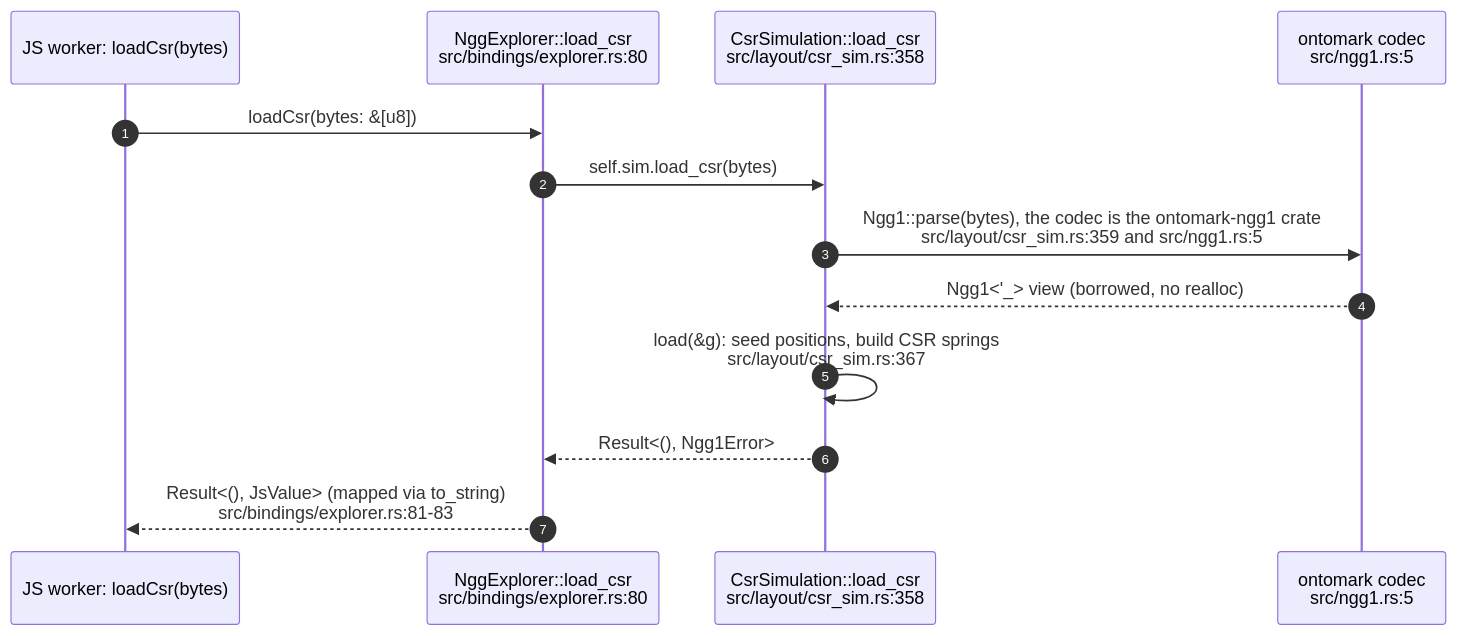
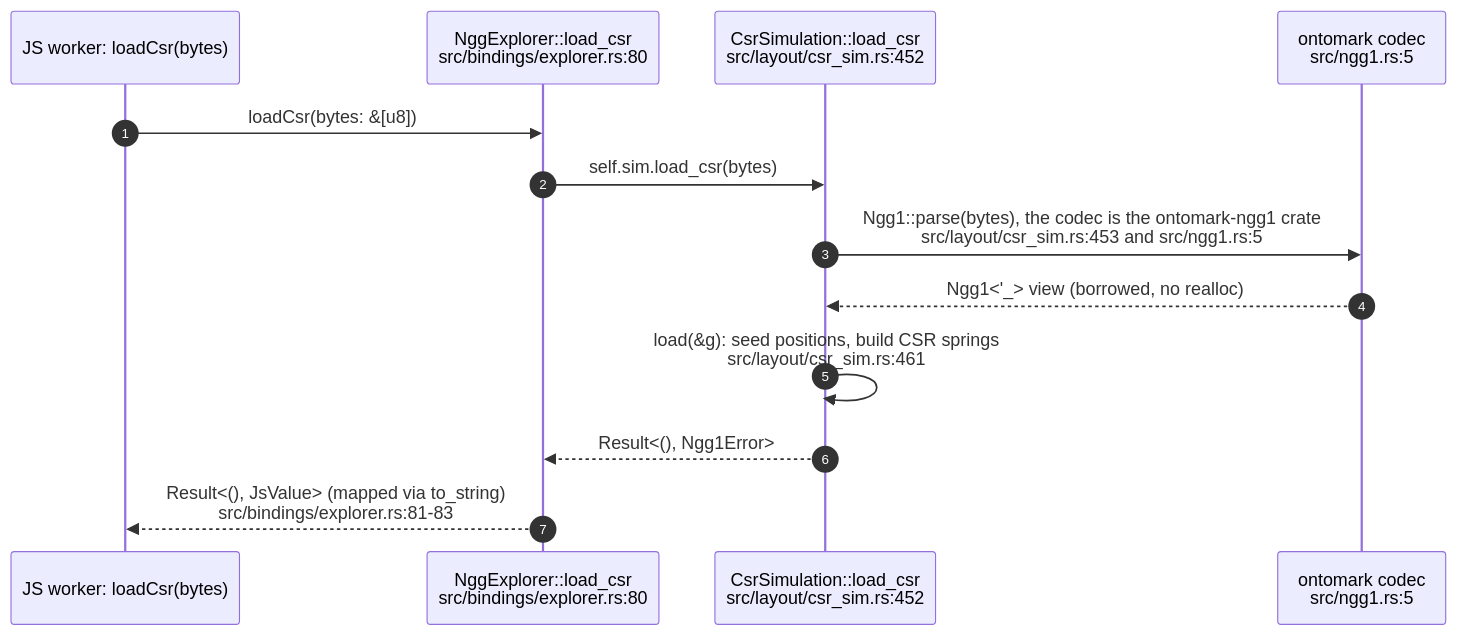
Before and after one commit to DreamLab-AI/VisionFlow: the sixth of 10 diagrams in docs/diagrams/vowl-wasm/03-force-layout-lifecycle.md, drawn with Mermaid. The commit also changed other lines of this file and 5 other files, not shown here.

First line of the commit message:
docs(diagrams): vowl-wasm re-verified at v0.4.0 (0779174)

````diff
--- a/docs/diagrams/vowl-wasm/03-force-layout-lifecycle.md
+++ b/docs/diagrams/vowl-wasm/03-force-layout-lifecycle.md
@@ -124,15 +146,15 @@
 ```mermaid
 sequenceDiagram
     autonumber
     participant JS as JS worker: loadCsr(bytes)
     participant NX as NggExplorer::load_csr<br/>src/bindings/explorer.rs:80
-    participant CS as CsrSimulation::load_csr<br/>src/layout/csr_sim.rs:358
+    participant CS as CsrSimulation::load_csr<br/>src/layout/csr_sim.rs:452
     participant N1 as ontomark codec<br/>src/ngg1.rs:5
     JS->>NX: loadCsr(bytes: &[u8])
     NX->>CS: self.sim.load_csr(bytes)
-    CS->>N1: Ngg1::parse(bytes), the codec is the ontomark-ngg1 crate<br/>src/layout/csr_sim.rs:359 and src/ngg1.rs:5
+    CS->>N1: Ngg1::parse(bytes), the codec is the ontomark-ngg1 crate<br/>src/layout/csr_sim.rs:453 and src/ngg1.rs:5
     N1-->>CS: Ngg1<'_> view (borrowed, no realloc)
-    CS->>CS: load(&g): seed positions, build CSR springs<br/>src/layout/csr_sim.rs:367
+    CS->>CS: load(&g): seed positions, build CSR springs<br/>src/layout/csr_sim.rs:461
     CS-->>NX: Result<(), Ngg1Error>
     NX-->>JS: Result<(), JsValue> (mapped via to_string)<br/>src/bindings/explorer.rs:81-83
 ```
````
